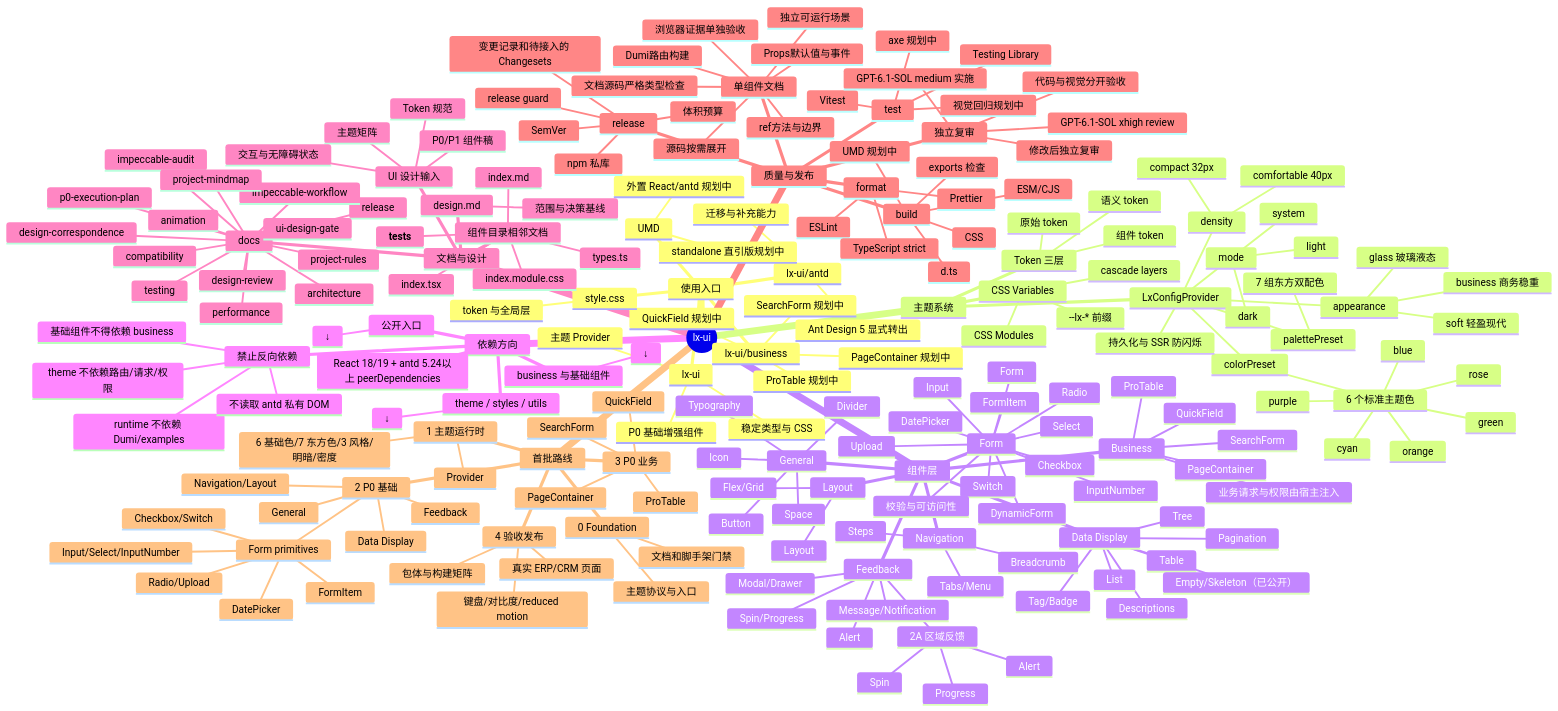
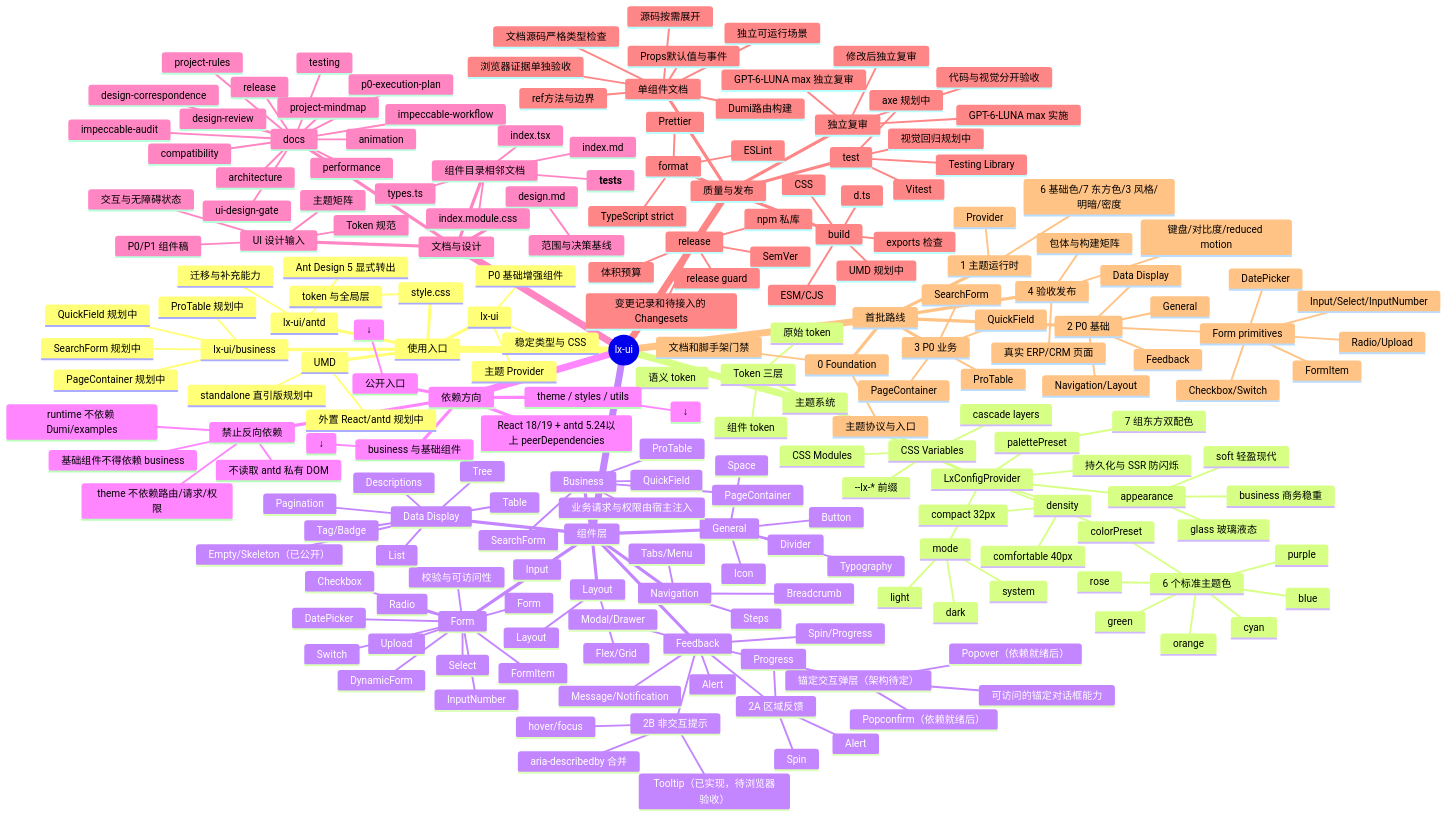
The diagram in docs/project-mindmap.md (1eonz/lz-ui), drawn with Mermaid before and after one commit. The commit also changed 23 other files, not shown here.

```diff
--- a/docs/project-mindmap.md
+++ b/docs/project-mindmap.md
@@ -85,13 +85,21 @@
         Empty/Skeleton（已公开）
       Feedback
         Alert
-        Modal/Drawer
-        Message/Notification
         Spin/Progress
         2A 区域反馈
           Alert
           Spin
           Progress
+        2B 非交互提示
+          Tooltip（已实现，待浏览器验收）
+          hover/focus
+          aria-describedby 合并
+        锚定交互弹层（架构待定）
+          可访问的锚定对话框能力
+          Popover（依赖就绪后）
+          Popconfirm（依赖就绪后）
+        Modal/Drawer
+        Message/Notification
       Navigation
         Tabs/Menu
         Breadcrumb
@@ -158,8 +166,8 @@
         axe 规划中
         视觉回归规划中
       独立复审
-        GPT-6.1-SOL medium 实施
-        GPT-6.1-SOL xhigh review
+        GPT-6-LUNA max 实施
+        GPT-6-LUNA max 独立复审
         修改后独立复审
         代码与视觉分开验收
       单组件文档
```
